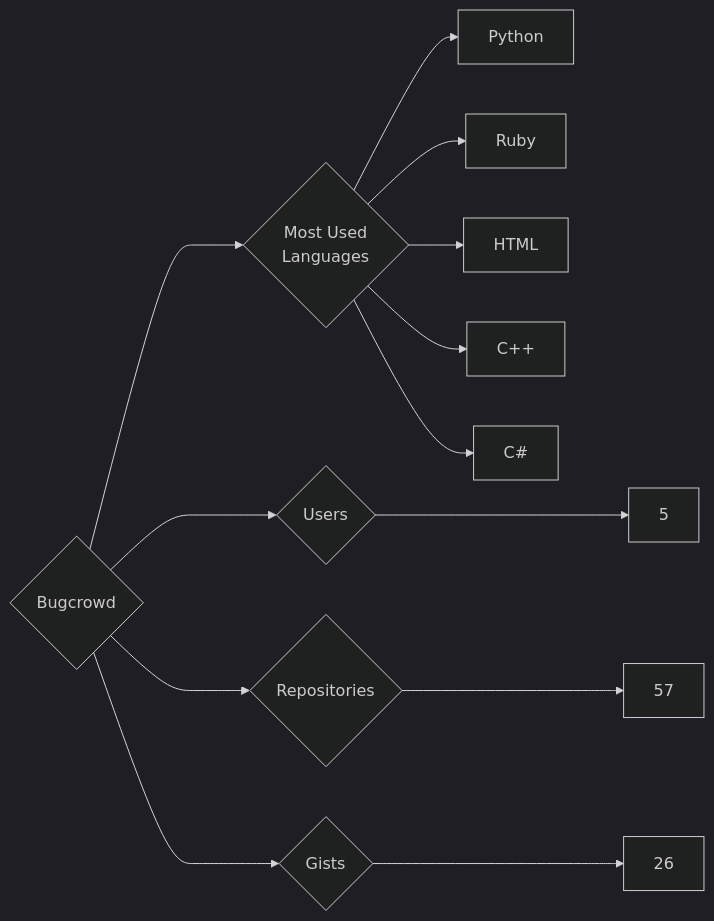
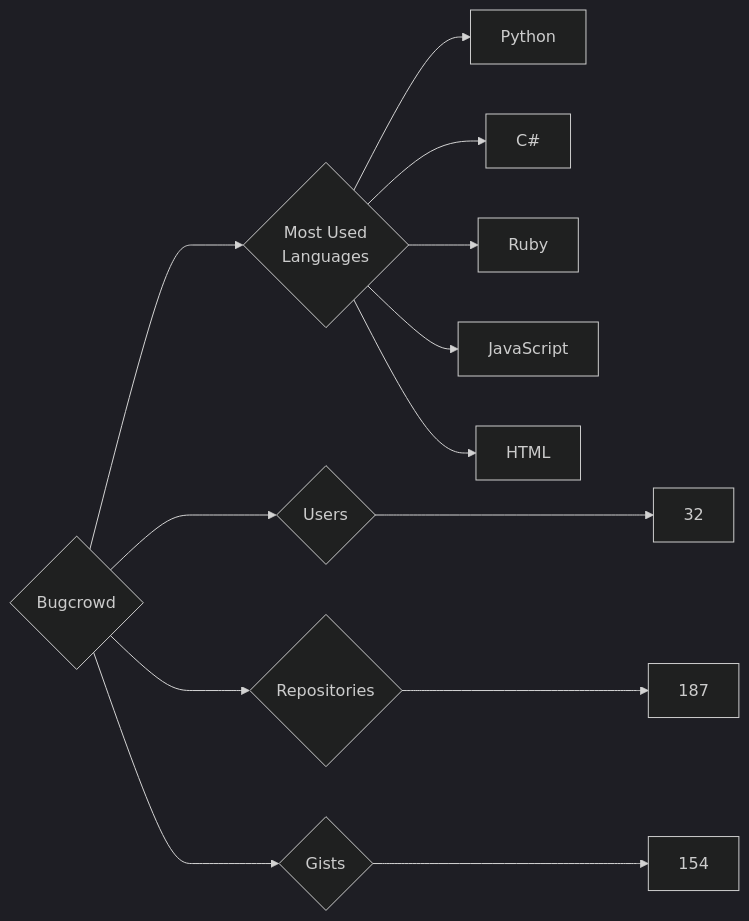
Before and after one commit to trickest/insiders: the diagram in targets/Bugcrowd/README.md, drawn with Mermaid (dark theme). The commit also changed 894 other files, not shown here.

````diff
--- a/targets/Bugcrowd/README.md
+++ b/targets/Bugcrowd/README.md
@@ -3,13 +3,13 @@
 ```mermaid
 graph LR
 COMPANY_NAME{Bugcrowd}
-COMPANY_NAME ---> U{Users} ---> UN[5]
-COMPANY_NAME ---> R{Repositories} ---> RN[57]
-COMPANY_NAME ---> G{Gists} ---> GN[26]
+COMPANY_NAME ---> U{Users} ---> UN[32]
+COMPANY_NAME ---> R{Repositories} ---> RN[187]
+COMPANY_NAME ---> G{Gists} ---> GN[154]
 COMPANY_NAME ---> ML{Most Used<br>Languages}
 ML --> Python[Python]
+ML --> C#[C#]
 ML --> Ruby[Ruby]
+ML --> JavaScript[JavaScript]
 ML --> HTML[HTML]
-ML --> C++[C++]
-ML --> C#[C#]
 ```
````
